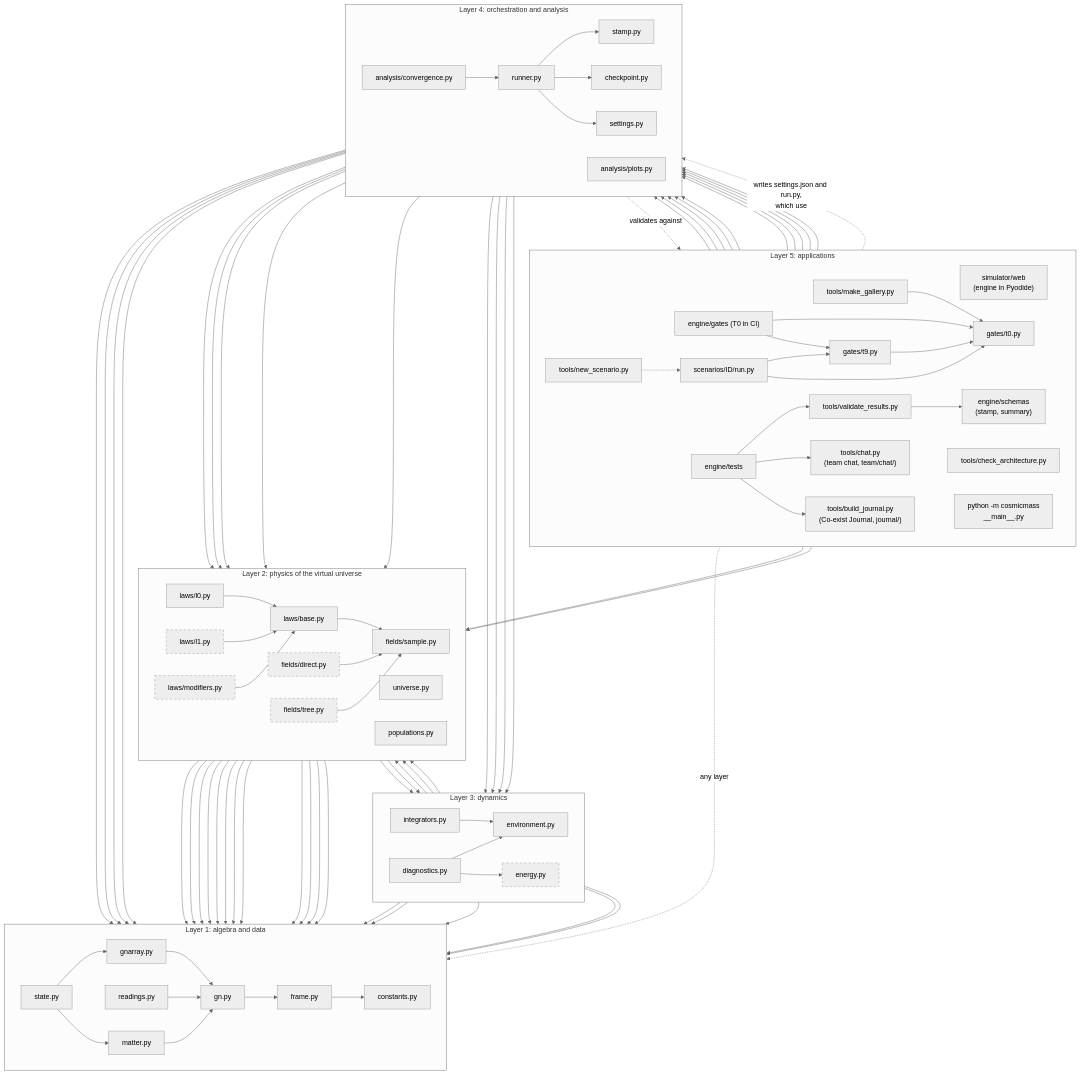
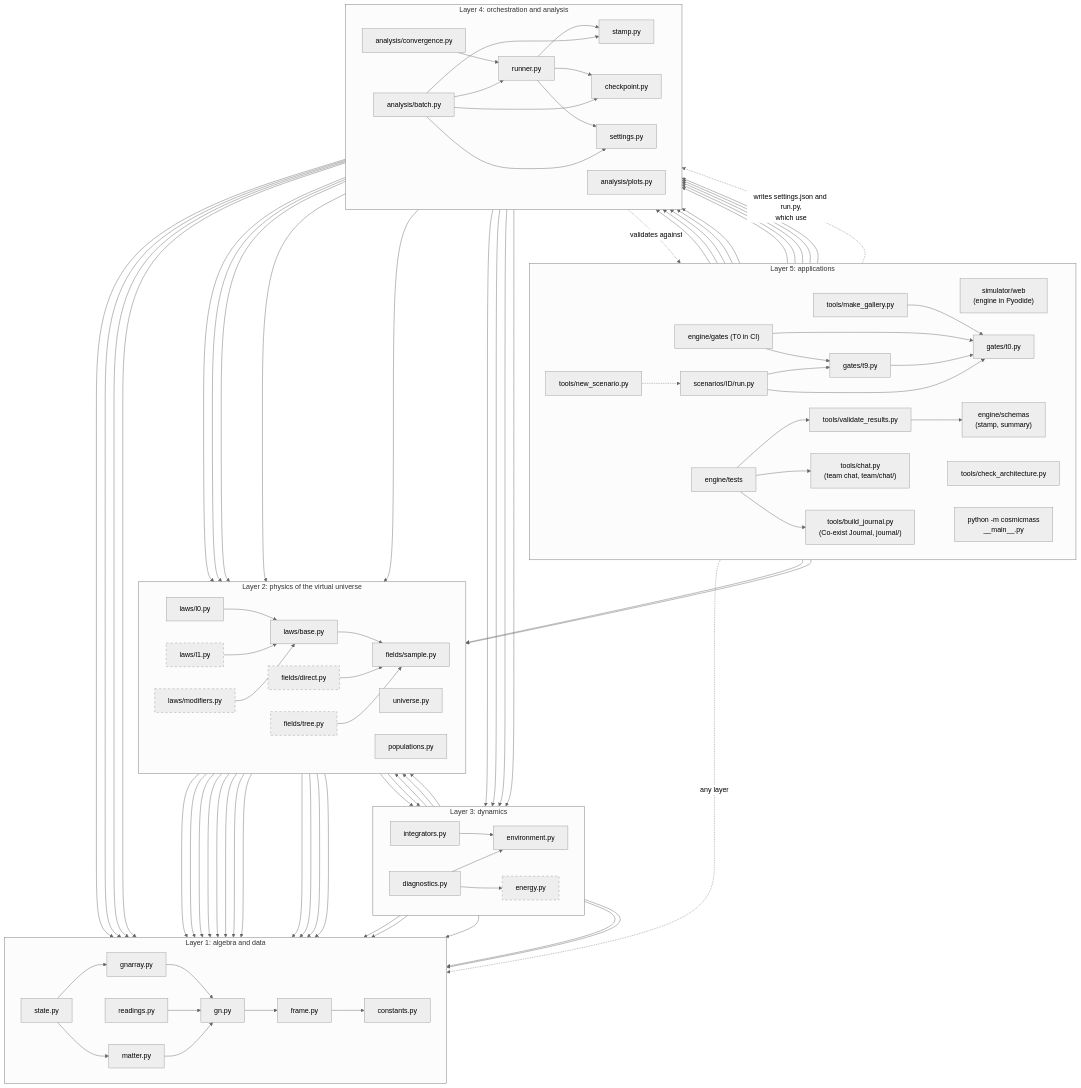
The second of 8 diagrams in ARCHITECTURE.md (MostafaDerraz/cosmic-mass-lab), drawn with Mermaid (neutral theme) before and after one commit. The commit also changed other lines of this file and 7 other files, not shown here.

First line of the commit message:
T2.2: the batch runner (every definition on every scene, stamped, resumable, in parallel), and a timing run

```diff
--- a/ARCHITECTURE.md
+++ b/ARCHITECTURE.md
@@ -168,6 +169,7 @@
         settings["settings.py"]
         convergence["analysis/convergence.py"]
         plots["analysis/plots.py"]
+        batch["analysis/batch.py"]
     end
 
     subgraph L3["Layer 3: dynamics"]
@@ -243,6 +245,10 @@
     settings --> state
     settings --> matter
     convergence --> runner
+    batch --> runner
+    batch --> settings
+    batch --> stamp
+    batch --> checkpoint
     plots --> constants
     diagnostics --> environment
     integrators --> fields
```
